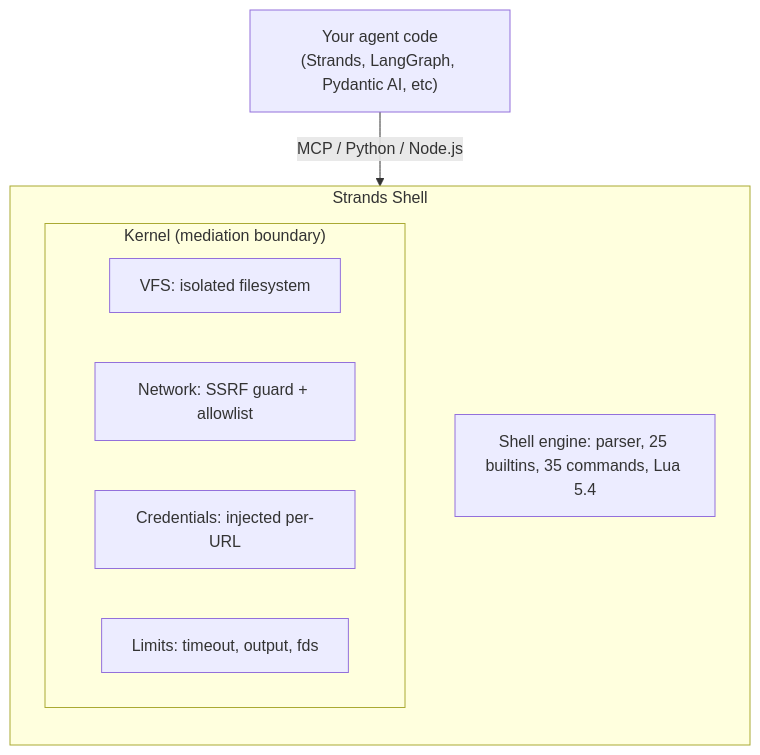
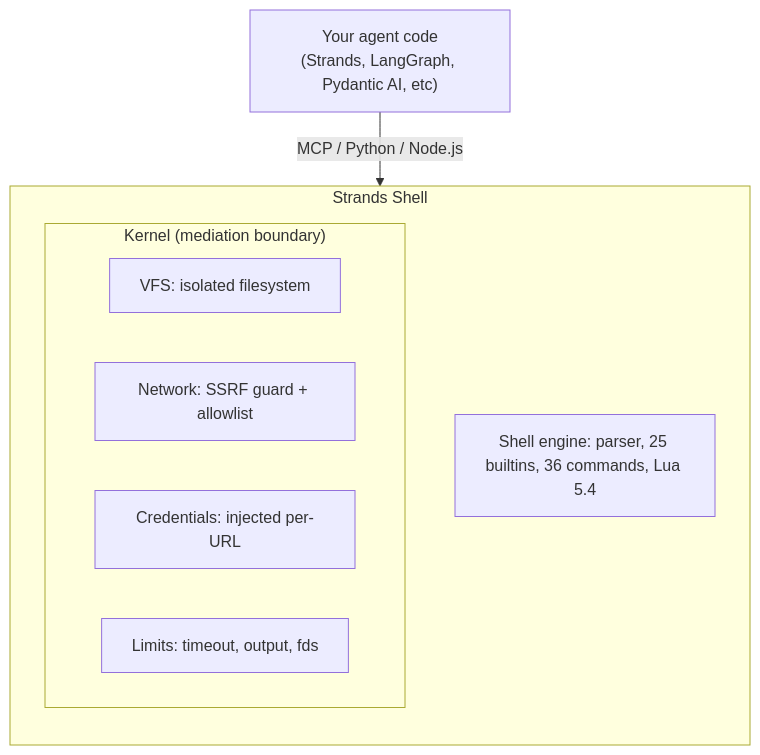
The diagram in README.md (strands-agents/shell), drawn with Mermaid before and after one commit. The commit also changed other lines of this file and 4 other files, not shown here.

````diff
--- a/README.md
+++ b/README.md
@@ -105,16 +105,16 @@
 ```mermaid
 flowchart TB
     agent["Your agent code\n(Strands, LangGraph, Pydantic AI, etc)"]
     agent -->|"MCP / Python / Node.js"| shell
 
     subgraph shell ["Strands Shell"]
         direction TB
         subgraph kernel ["Kernel (mediation boundary)"]
             vfs["VFS: isolated filesystem"]
             net["Network: SSRF guard + allowlist"]
             creds["Credentials: injected per-URL"]
             limits["Limits: timeout, output, fds"]
         end
-        engine["Shell engine: parser, 25 builtins, 35 commands, Lua 5.4"]
+        engine["Shell engine: parser, 25 builtins, 36 commands, Lua 5.4"]
     end
 ```
````
